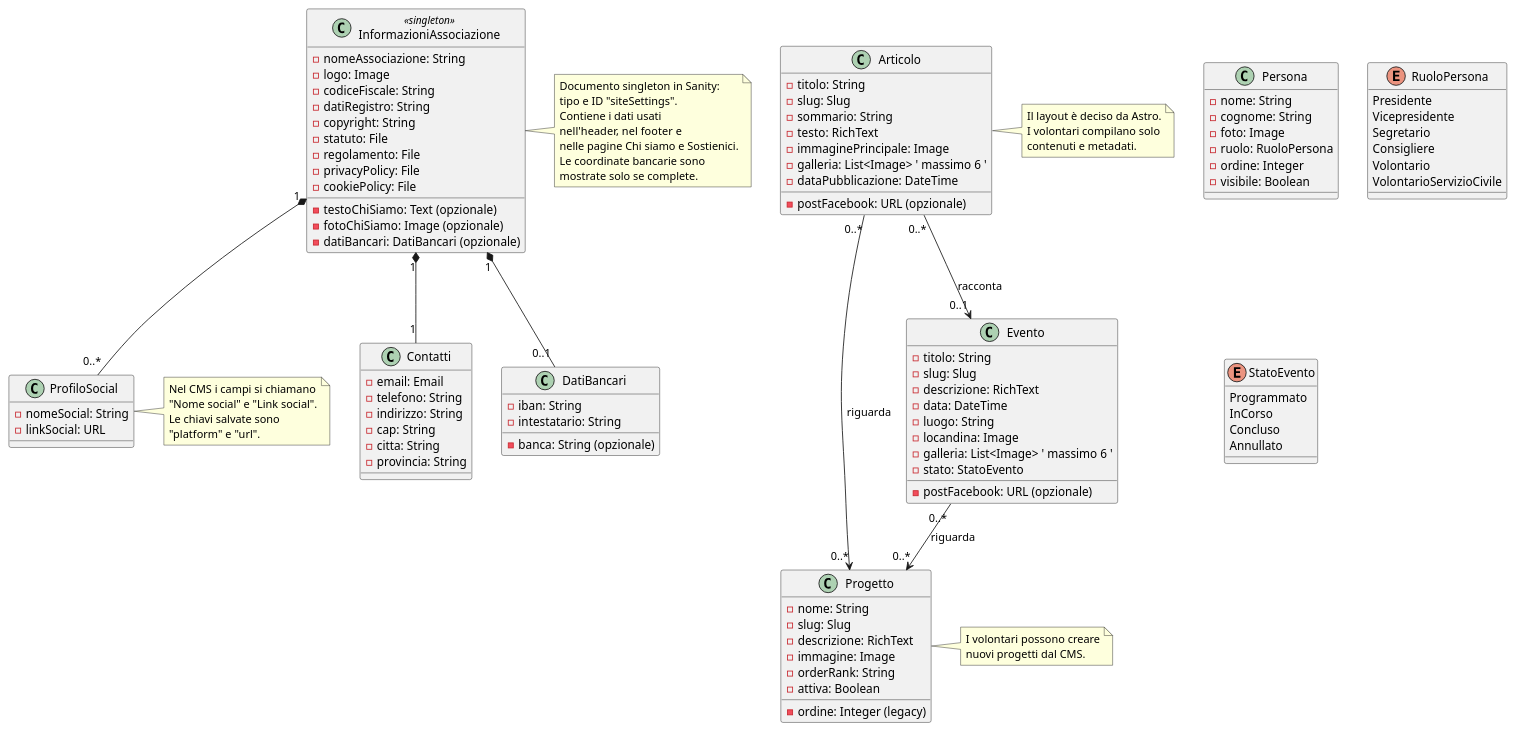
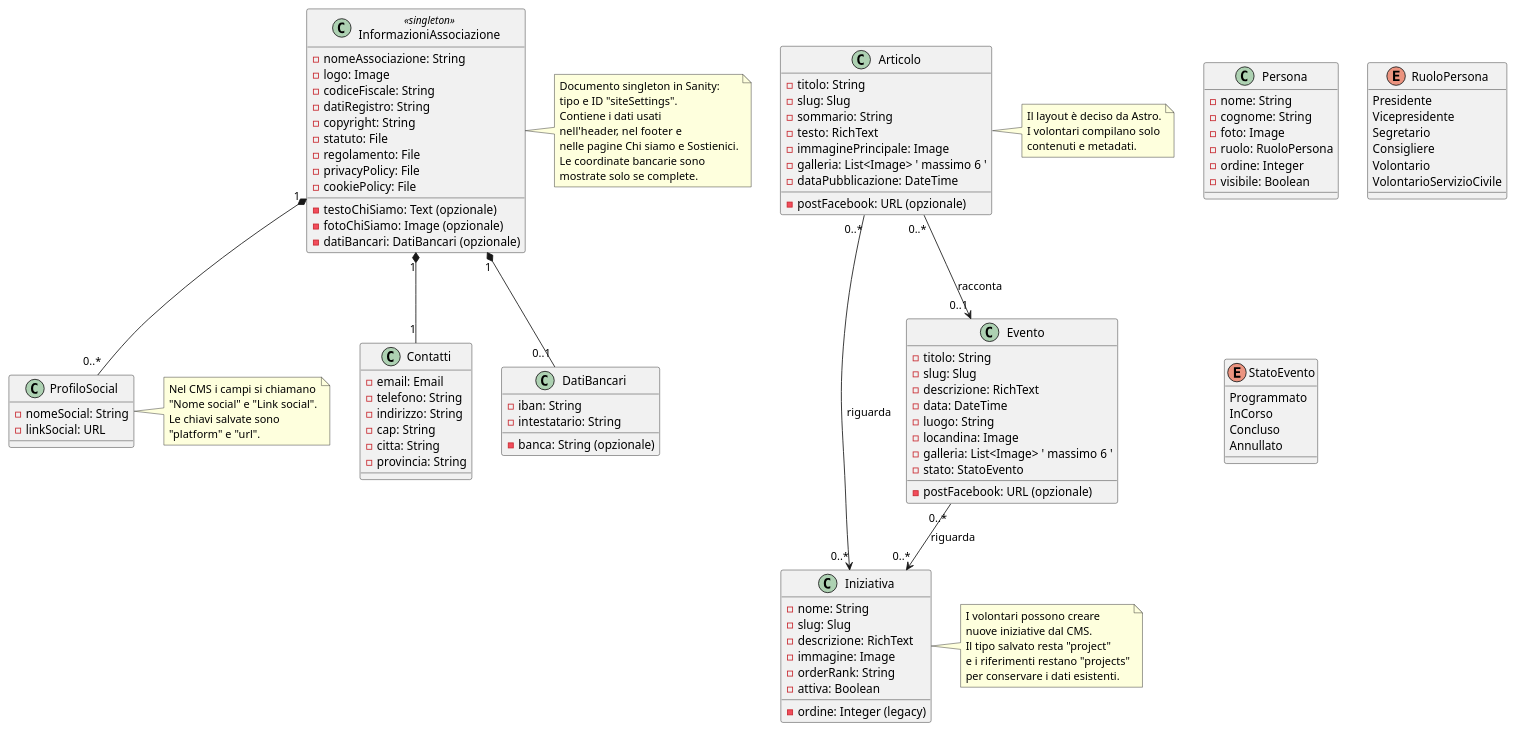
One commit to bickpenna/Assoe changed the diagram in docs/class.puml. Above: the diagram before and after it, drawn with PlantUML. The commit also changed 26 other files, not shown here.

```diff
--- a/docs/class.puml
+++ b/docs/class.puml
@@ -1,148 +1,151 @@
 @startuml
 
 ' ============================================================
 ' Contenuti globali
 ' ============================================================
 
 class InformazioniAssociazione <<singleton>> {
     -nomeAssociazione: String
     -logo: Image
     -testoChiSiamo: Text (opzionale)
     -fotoChiSiamo: Image (opzionale)
     -codiceFiscale: String
     -datiBancari: DatiBancari (opzionale)
     -datiRegistro: String
     -copyright: String
     -statuto: File
     -regolamento: File
     -privacyPolicy: File
     -cookiePolicy: File
 }
 
 class Contatti {
     -email: Email
     -telefono: String
     -indirizzo: String
     -cap: String
     -citta: String
     -provincia: String
 }
 
 class ProfiloSocial {
     -nomeSocial: String
     -linkSocial: URL
 }
 
 class DatiBancari {
     -iban: String
     -intestatario: String
     -banca: String (opzionale)
 }
 
 ' ============================================================
 ' Contenuti editoriali
 ' ============================================================
 
-class Progetto {
+class Iniziativa {
     -nome: String
     -slug: Slug
     -descrizione: RichText
     -immagine: Image
     -orderRank: String
     -ordine: Integer (legacy)
     -attiva: Boolean
 }
 
 class Articolo {
     -titolo: String
     -slug: Slug
     -sommario: String
     -testo: RichText
     -postFacebook: URL (opzionale)
     -immaginePrincipale: Image
     -galleria: List<Image> ' massimo 6 '
     -dataPubblicazione: DateTime
 }
 
 class Evento {
     -titolo: String
     -slug: Slug
     -descrizione: RichText
     -postFacebook: URL (opzionale)
     -data: DateTime
     -luogo: String
     -locandina: Image
     -galleria: List<Image> ' massimo 6 '
     -stato: StatoEvento
 }
 
 class Persona {
     -nome: String
     -cognome: String
     -foto: Image
     -ruolo: RuoloPersona
     -ordine: Integer
     -visibile: Boolean
 }
 
 ' ==============================================================
 ' Enumerazioni
 ' ==============================================================
 
 enum RuoloPersona {
     Presidente
     Vicepresidente
     Segretario
     Consigliere
     Volontario
     VolontarioServizioCivile
 }
 
 enum StatoEvento {
     Programmato
     InCorso
     Concluso
     Annullato
 }
 
 ' ============================================================
 ' Relazioni
 ' ============================================================
 
 InformazioniAssociazione "1" *-- "1" Contatti
 InformazioniAssociazione "1" *-- "0..*" ProfiloSocial
 InformazioniAssociazione "1" *-- "0..1" DatiBancari
 
-Articolo "0..*" --> "0..*" Progetto : riguarda
-Evento "0..*" --> "0..*" Progetto : riguarda
+Articolo "0..*" --> "0..*" Iniziativa : riguarda
+Evento "0..*" --> "0..*" Iniziativa : riguarda
 Articolo "0..*" --> "0..1" Evento : racconta
 
 note right of InformazioniAssociazione
     Documento singleton in Sanity:
     tipo e ID "siteSettings".
     Contiene i dati usati
     nell'header, nel footer e
     nelle pagine Chi siamo e Sostienici.
     Le coordinate bancarie sono
     mostrate solo se complete.
 end note
 
 note right of ProfiloSocial
     Nel CMS i campi si chiamano
     "Nome social" e "Link social".
     Le chiavi salvate sono
     "platform" e "url".
 end note
 
-note right of Progetto
+note right of Iniziativa
     I volontari possono creare
-    nuovi progetti dal CMS.
+    nuove iniziative dal CMS.
+    Il tipo salvato resta "project"
+    e i riferimenti restano "projects"
+    per conservare i dati esistenti.
 end note
 
 note right of Articolo
     Il layout è deciso da Astro.
     I volontari compilano solo
     contenuti e metadati.
 end note
 
 @enduml
```
